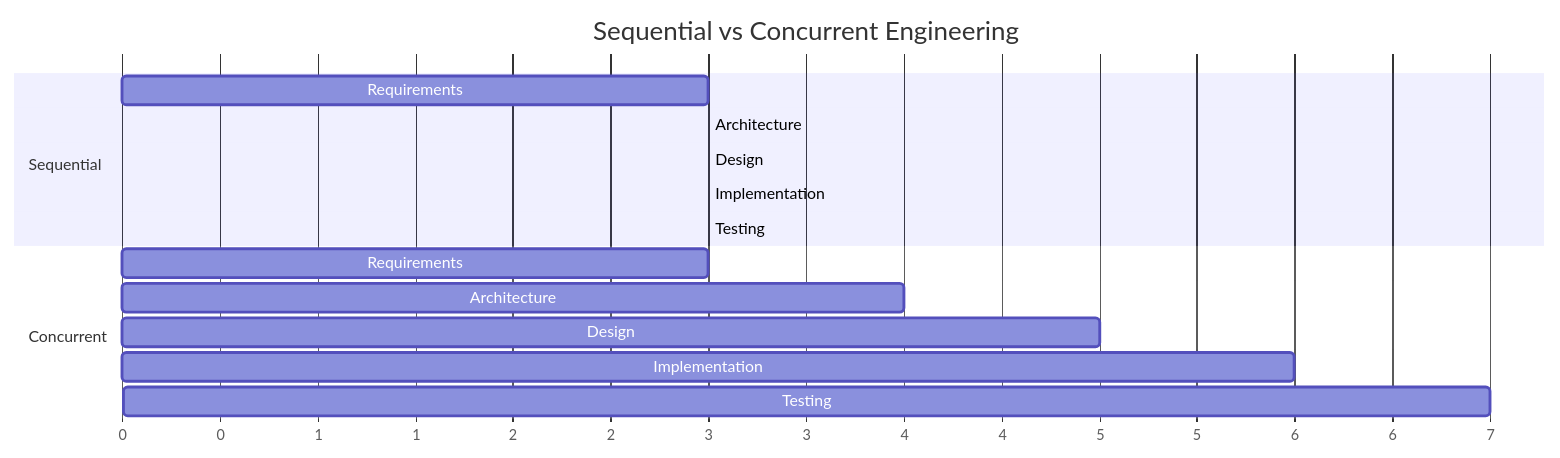
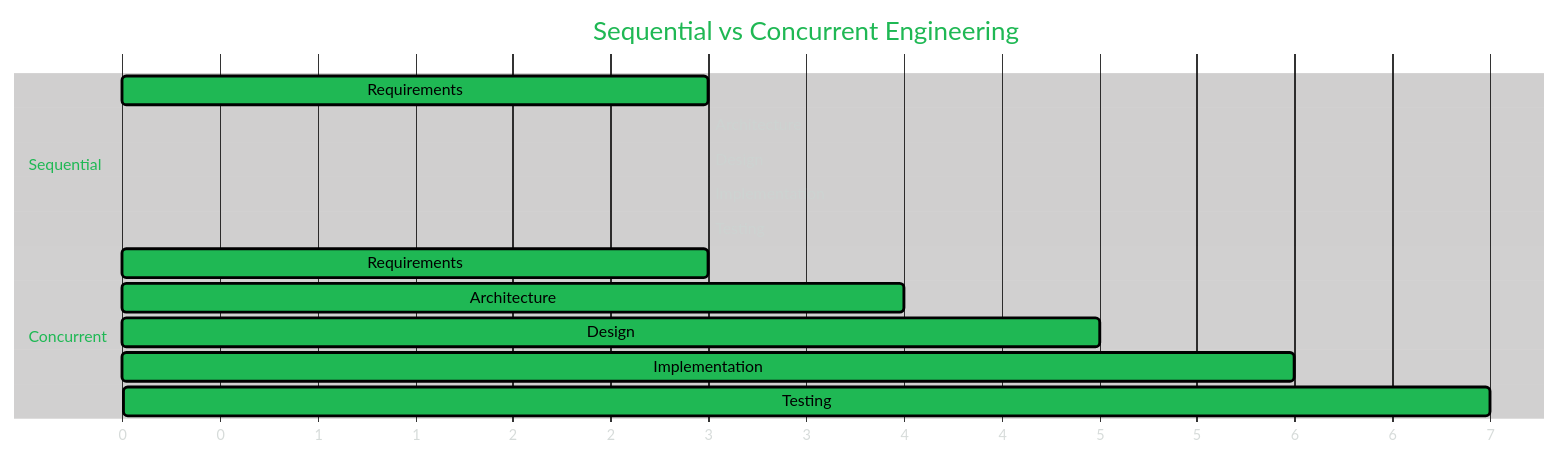
One commit to oat431/swe-knowledge changed the fourth of 4 diagrams in engineering-foundation-note/02 SWE Process/27_Engineering_Design.md. Above: the diagram before and after it, drawn with Mermaid. The commit also changed other lines of this file and 23 other files, not shown here.

````diff
--- a/engineering-foundation-note/02 SWE Process/27_Engineering_Design.md
+++ b/engineering-foundation-note/02 SWE Process/27_Engineering_Design.md
@@ -265,20 +267,21 @@
 ```mermaid
+%%{init: {'theme':'base','themeVariables':{'primaryColor':'#19362D','primaryTextColor':'#CDD3D1','background':'#1B1717','mainBkg':'#19362D','titleColor':'#1FB854','fontSize':'14px','sectionBkgColor':'#161212','altSectionBkgColor':'#1B1717','taskBkgColor':'#1FB854','taskBorderColor':'#000000','taskTextColor':'#000000','taskTextDarkColor':'#000000','taskTextOutsideColor':'#CDD3D1','activeTaskBkgColor':'#1FB8AB','activeTaskBorderColor':'#000000','doneTaskBkgColor':'#19362D','doneTaskBorderColor':'#1FB854','critBkgColor':'#FF5861','critBorderColor':'#000000','gridColor':'#CAC9C9','todayLineColor':'#FFBE00'}}}%%
 gantt
     title Sequential vs Concurrent Engineering
     dateFormat X
     axisFormat %s
 
     section Sequential
     Requirements    :a1, 0, 3
     Architecture    :a2, after a1, 3
     Design          :a3, after a2, 3
     Implementation  :a4, after a3, 3
     Testing         :a5, after a4, 3
 
     section Concurrent
     Requirements    :b1, 0, 3
     Architecture    :b2, 1, 4
     Design          :b3, 2, 5
     Implementation  :b4, 3, 6
     Testing         :b5, 4, 7
 ```
````
